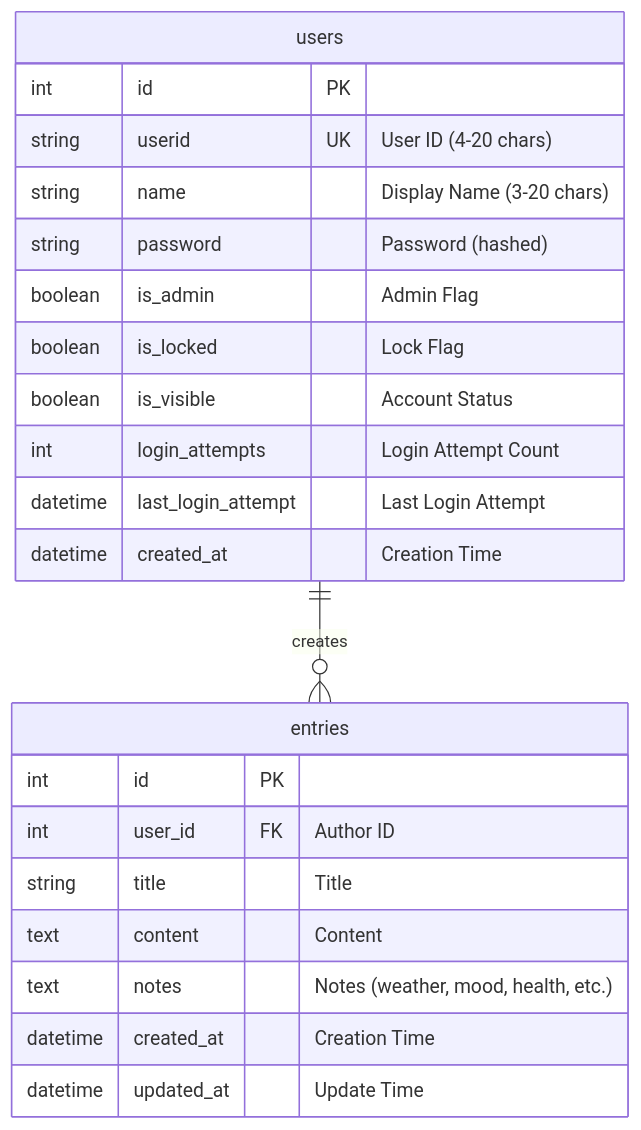
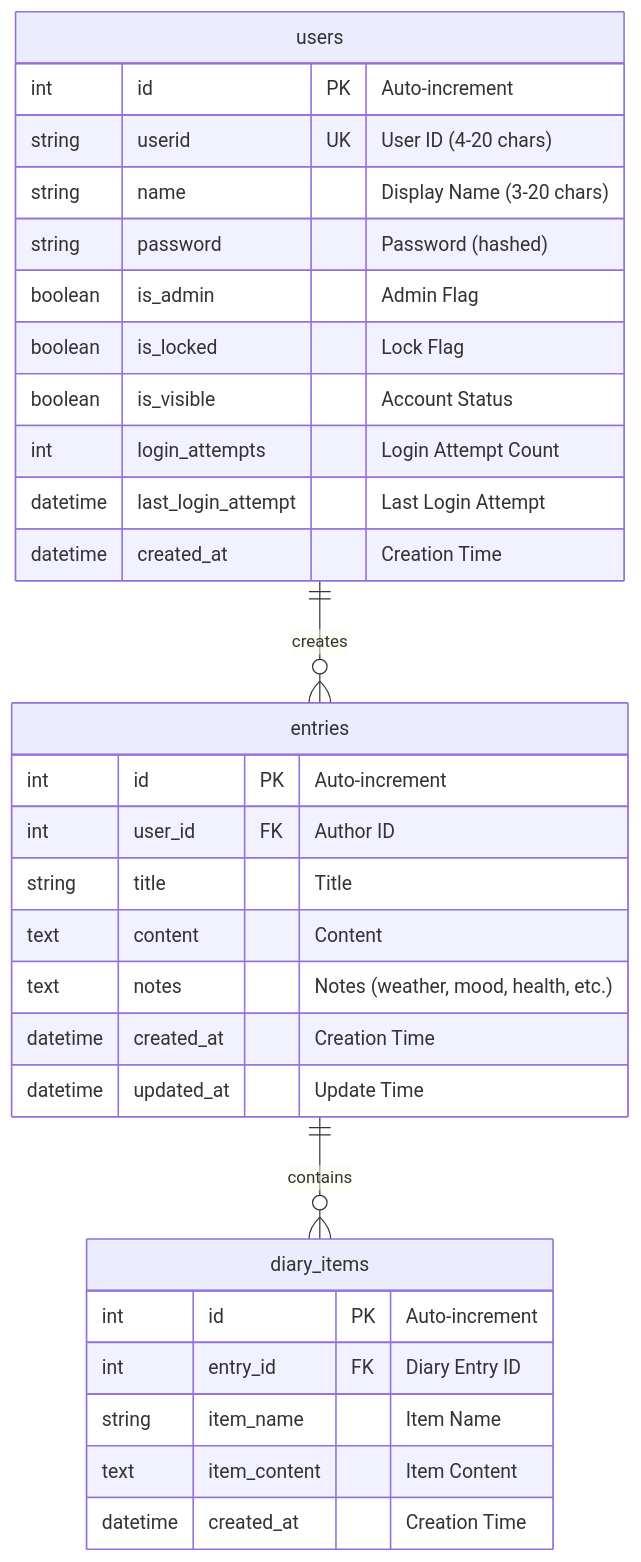
One commit to sougetuOte/LifeLog changed the seventh of 10 diagrams in docs/diagrams.md. Above: the diagram before and after it, drawn with Mermaid. The commit also changed other lines of this file and 5 other files, not shown here.

````diff
--- a/docs/diagrams.md
+++ b/docs/diagrams.md
@@ -221,27 +227,36 @@
 ```mermaid
 erDiagram
     users {
-        int id PK
+        int id PK "Auto-increment"
         string userid UK "User ID (4-20 chars)"
         string name "Display Name (3-20 chars)"
         string password "Password (hashed)"
         boolean is_admin "Admin Flag"
         boolean is_locked "Lock Flag"
         boolean is_visible "Account Status"
         int login_attempts "Login Attempt Count"
         datetime last_login_attempt "Last Login Attempt"
         datetime created_at "Creation Time"
     }
 
     entries {
-        int id PK
+        int id PK "Auto-increment"
         int user_id FK "Author ID"
         string title "Title"
         text content "Content"
         text notes "Notes (weather, mood, health, etc.)"
         datetime created_at "Creation Time"
         datetime updated_at "Update Time"
     }
 
+    diary_items {
+        int id PK "Auto-increment"
+        int entry_id FK "Diary Entry ID"
+        string item_name "Item Name"
+        text item_content "Item Content"
+        datetime created_at "Creation Time"
+    }
+
     users ||--o{ entries : "creates"
+    entries ||--o{ diary_items : "contains"
 ```
````
